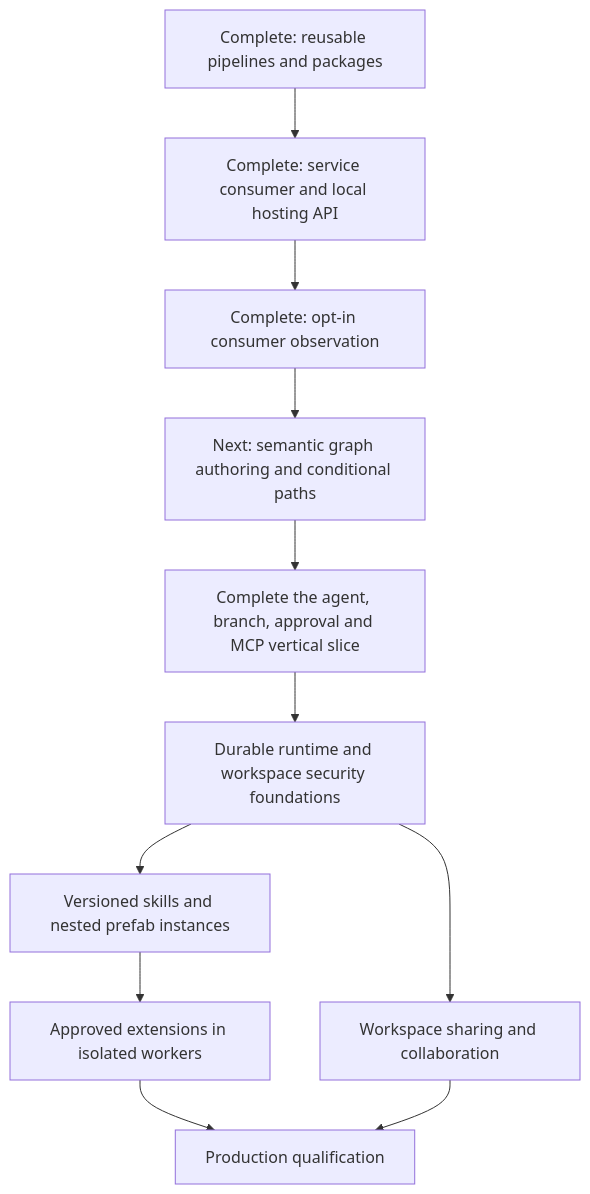
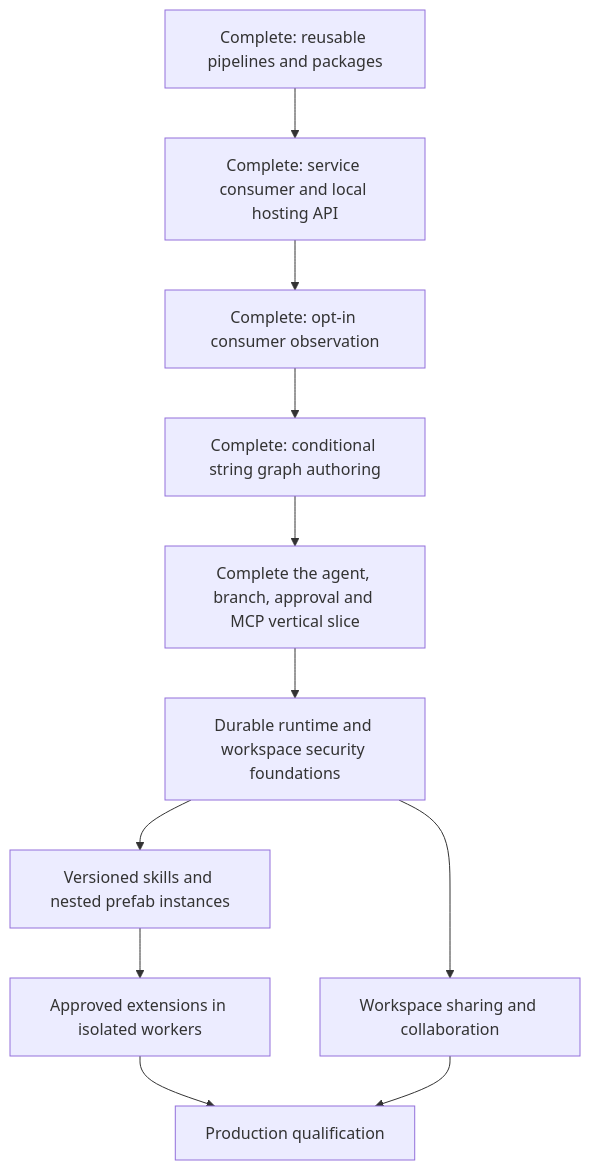
Before and after one commit to gnalvesteffer/visual-agent-workflow: the diagram in docs/roadmap.md, drawn with Mermaid. The commit also changed other lines of this file and 38 other files, not shown here.

Commit message:
Add conditional string graph authoring and actual-path execution

````diff
--- a/docs/roadmap.md
+++ b/docs/roadmap.md
@@ -42,13 +46,13 @@
 ```mermaid
 flowchart TD
     Reuse["Complete: reusable pipelines and packages"] --> Hosting["Complete: service consumer and local hosting API"]
     Hosting --> Observe["Complete: opt-in consumer observation"]
-    Observe --> Graph["Next: semantic graph authoring and conditional paths"]
+    Observe --> Graph["Complete: conditional string graph authoring"]
     Graph --> Vertical["Complete the agent, branch, approval and MCP vertical slice"]
     Vertical --> Durable["Durable runtime and workspace security foundations"]
     Durable --> Assets["Versioned skills and nested prefab instances"]
     Assets --> Extensions["Approved extensions in isolated workers"]
     Durable --> Collaboration["Workspace sharing and collaboration"]
     Extensions --> Production["Production qualification"]
     Collaboration --> Production
 ```
````
